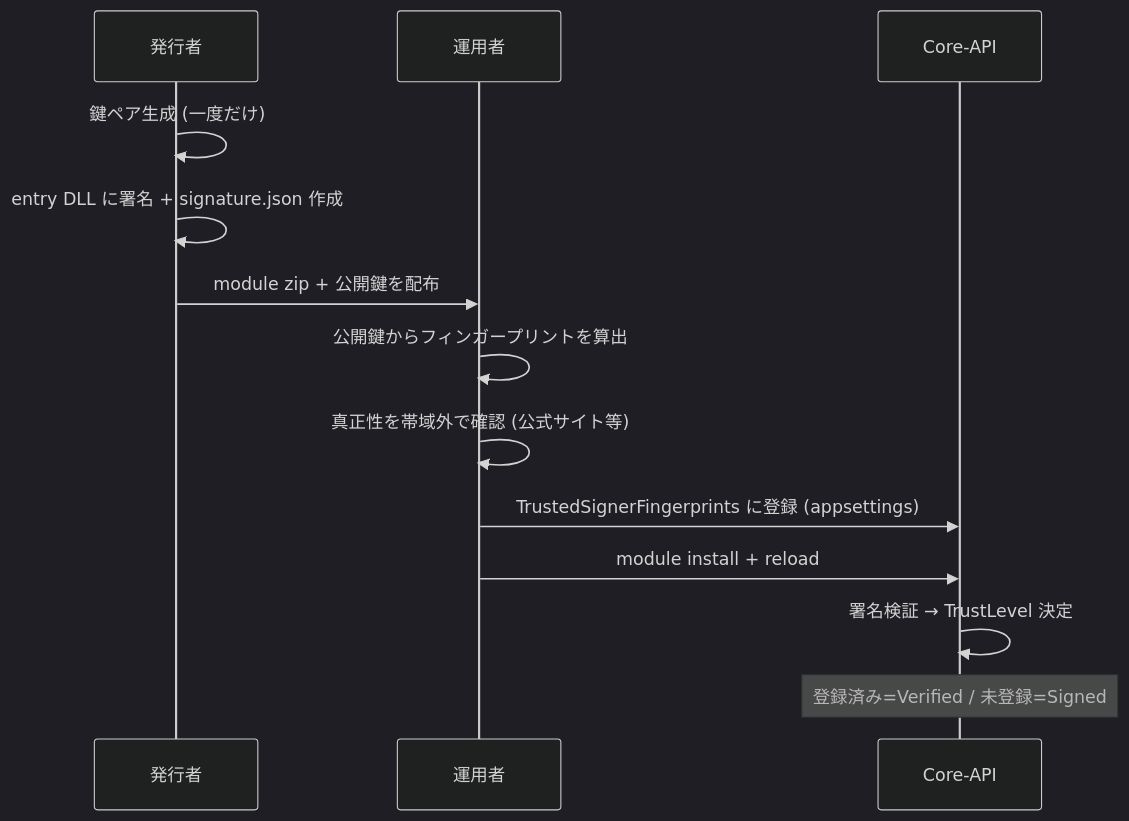
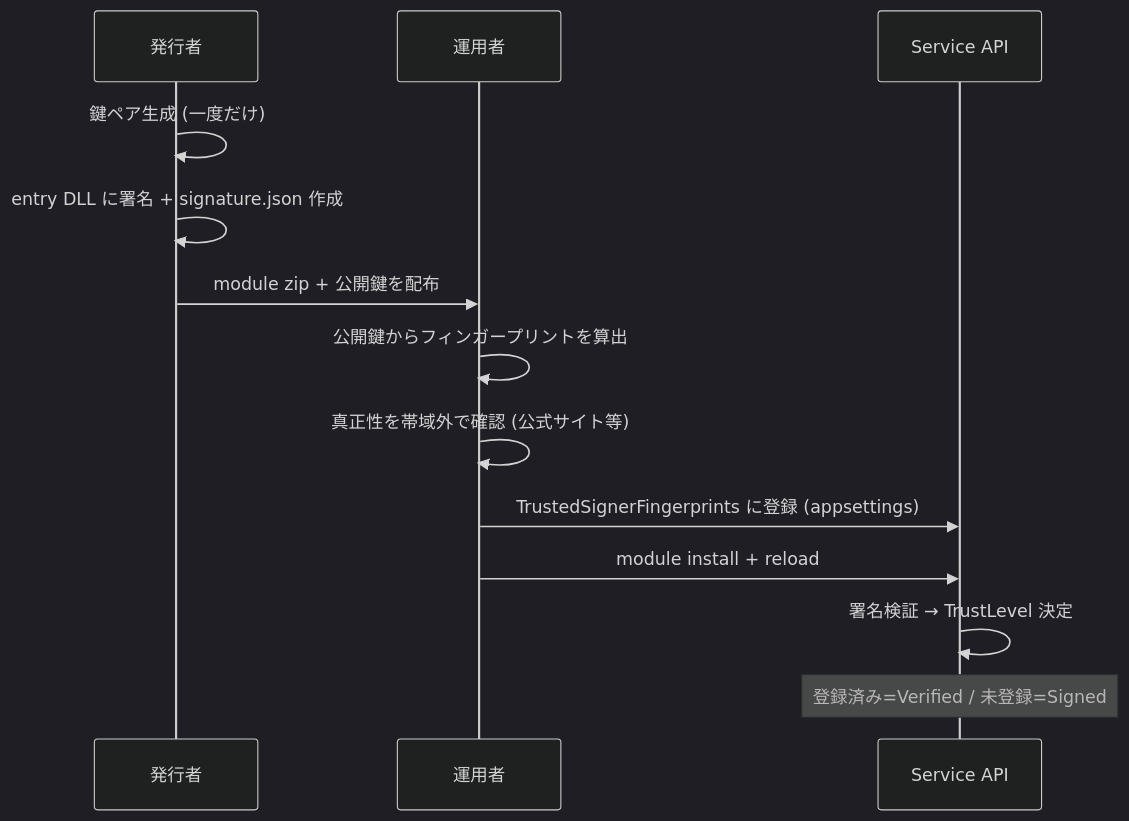
The diagram in docs/guides/action-module-signing.md (MichiharuShiba/statevia), drawn with Mermaid (dark theme) before and after one commit. The commit also changed other lines of this file and 98 other files, not shown here.

Commit message:
Sonar・DI・環境変数・製品通称を Service API 命名に揃え、service/ レイヤとの誤認を減らす。

````diff
--- a/docs/guides/action-module-signing.md
+++ b/docs/guides/action-module-signing.md
@@ -32,16 +32,16 @@
 ```mermaid
 sequenceDiagram
     participant Pub as 発行者
     participant Ops as 運用者
-    participant Api as Core-API
+    participant Api as Service API
 
     Pub->>Pub: 鍵ペア生成 (一度だけ)
     Pub->>Pub: entry DLL に署名 + signature.json 作成
     Pub->>Ops: module zip + 公開鍵を配布
     Ops->>Ops: 公開鍵からフィンガープリントを算出
     Ops->>Ops: 真正性を帯域外で確認 (公式サイト等)
     Ops->>Api: TrustedSignerFingerprints に登録 (appsettings)
     Ops->>Api: module install + reload
     Api->>Api: 署名検証 → TrustLevel 決定
     Note over Api: 登録済み=Verified / 未登録=Signed
 ```
````
